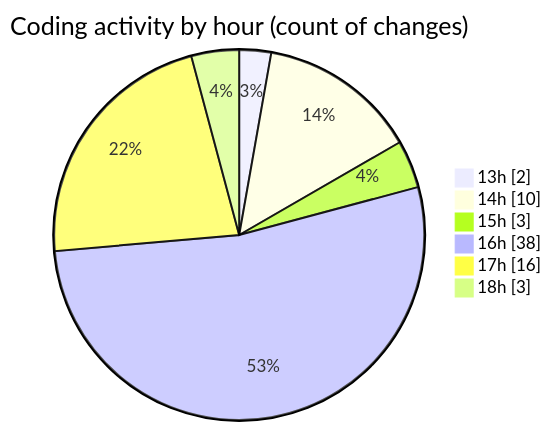
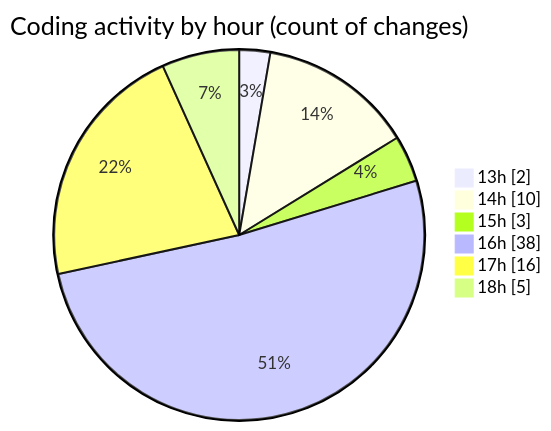
One commit to nxtqubesakshisongat/code-tracking changed the second of 2 diagrams in 2026-03-12/nxtqube_webapp/README.md. Above: the diagram before and after it, drawn with Mermaid. The commit also changed other lines of this file and 1 other file, not shown here.

````diff
--- a/2026-03-12/nxtqube_webapp/README.md
+++ b/2026-03-12/nxtqube_webapp/README.md
@@ -41,10 +41,10 @@
 ```mermaid
 pie showData
 title Coding activity by hour (count of changes)
 "13h" : 2
 "14h" : 10
 "15h" : 3
 "16h" : 38
 "17h" : 16
-"18h" : 3
+"18h" : 5
 ```
````
